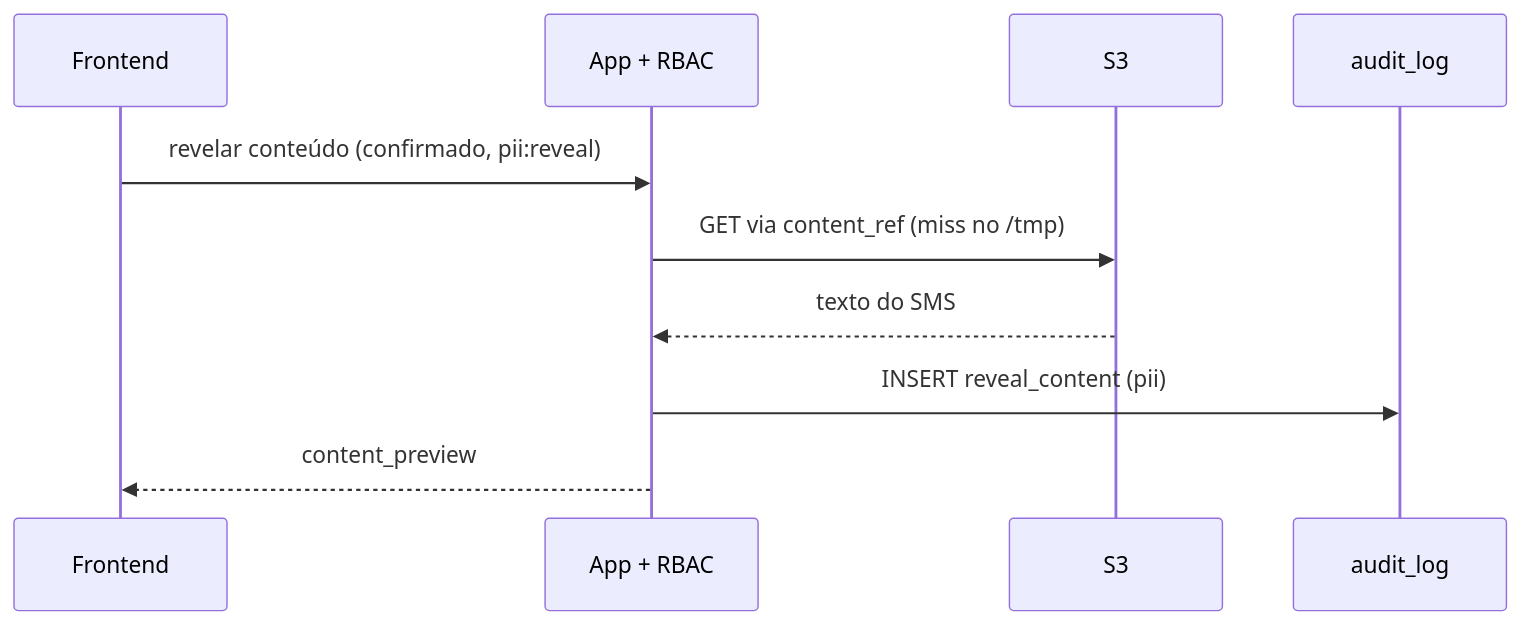
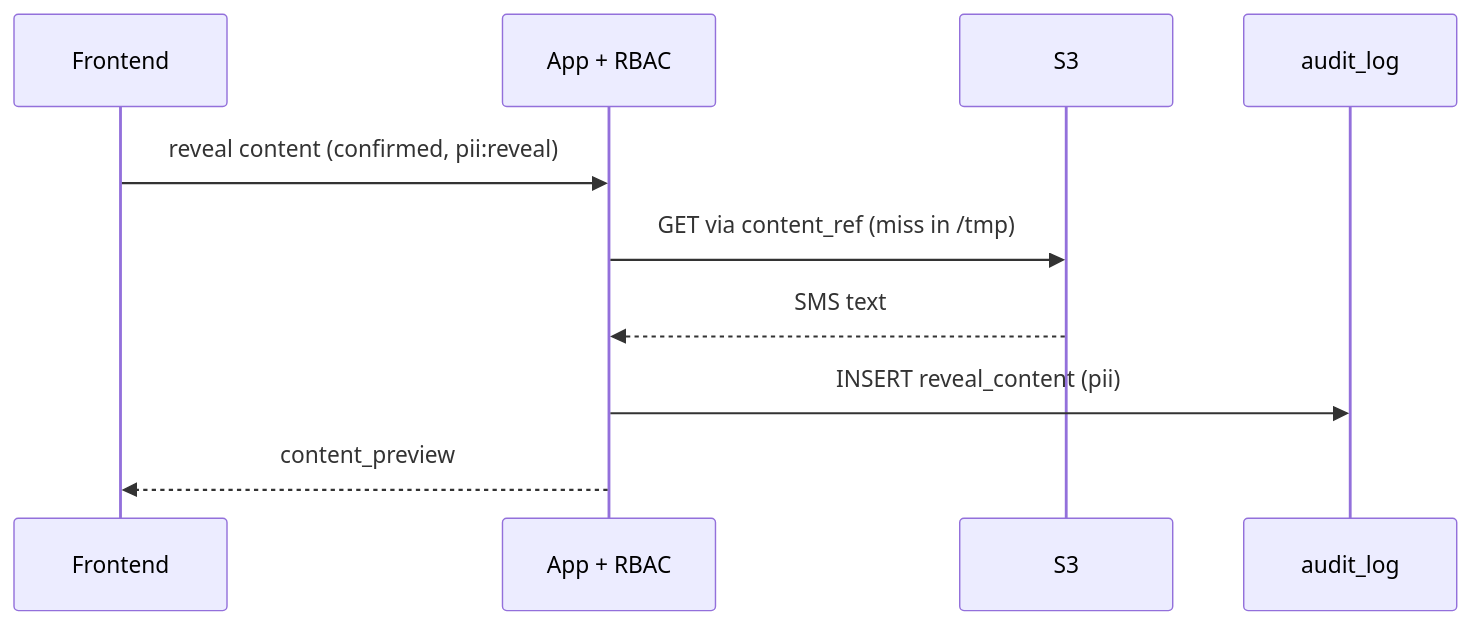
One commit to NicollasFrazao/atena changed the second of 3 diagrams in .context/docs/data-flow.md. Above: the diagram before and after it, drawn with Mermaid. The commit also changed other lines of this file and 339 other files, not shown here.

````diff
--- a/.context/docs/data-flow.md
+++ b/.context/docs/data-flow.md
@@ -136,12 +136,12 @@
 ```mermaid
 sequenceDiagram
     participant FE as Frontend
     participant API as App + RBAC
     participant S3 as S3
     participant AUD as audit_log
-    FE->>API: revelar conteúdo (confirmado, pii:reveal)
-    API->>S3: GET via content_ref (miss no /tmp)
-    S3-->>API: texto do SMS
+    FE->>API: reveal content (confirmed, pii:reveal)
+    API->>S3: GET via content_ref (miss in /tmp)
+    S3-->>API: SMS text
     API->>AUD: INSERT reveal_content (pii)
     API-->>FE: content_preview
 ```
````
